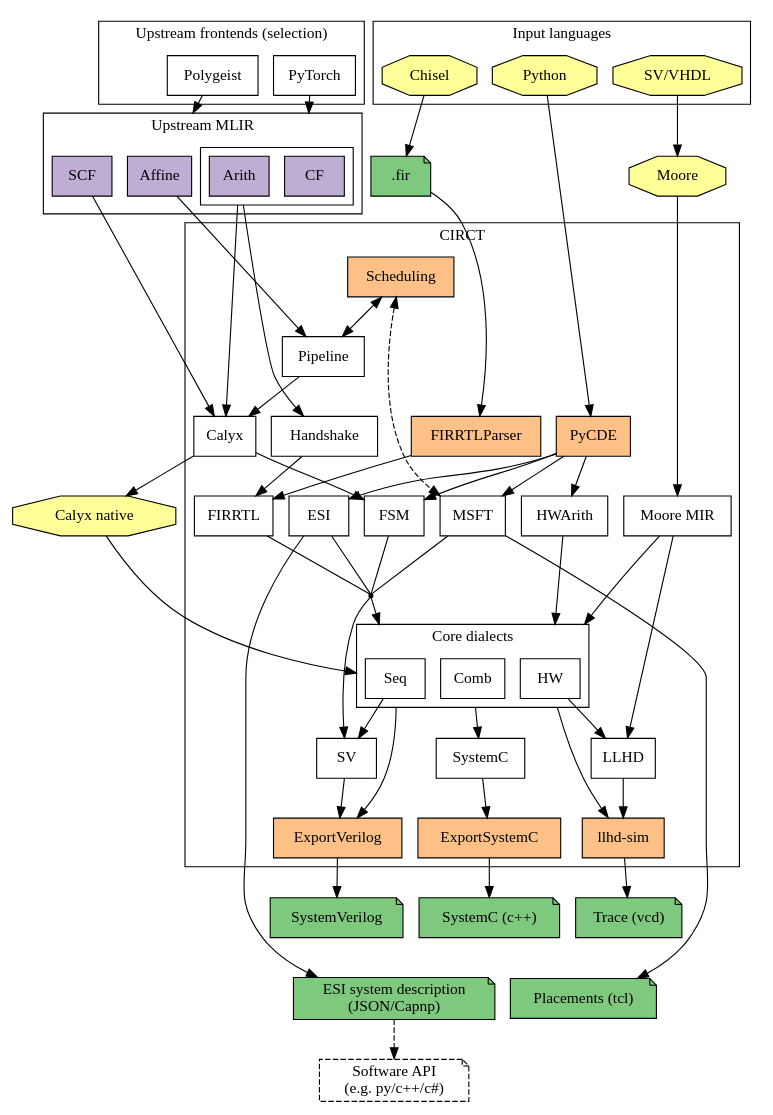
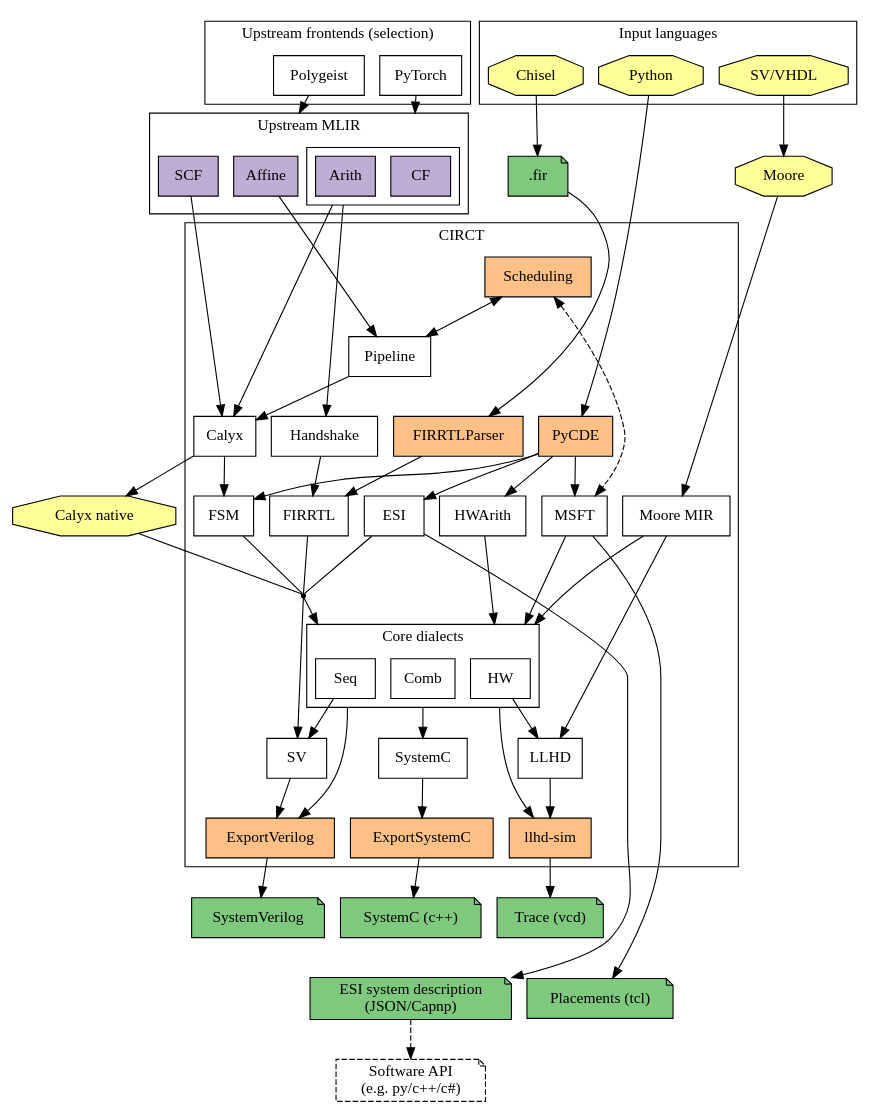
The diagram in docs/dialects.dot (llvm/circt), drawn with Graphviz before and after one commit. The commit also changed 2 other files, not shown here.

Commit message:
update calyx-native and MSFT

```diff
--- a/docs/dialects.dot
+++ b/docs/dialects.dot
@@ -1,168 +1,168 @@
 digraph G {
   // Note: Remember to run the circt/utils/update-docs-dialects.sh script after
   // modifying this file to regenerate the .svg and .png renders of the graph.
   rankdir = TB
   splines=spline
   node [shape=box style=filled fillcolor="white"]
   nodesep=0.2 // horizontal compression
   ranksep=0.5 // vertical compression
   compound=true
 
   // MLIR frontends
   subgraph cluster_mlir_frontends {
     label = "Upstream frontends (selection)"
     PyTorch
     Polygeist
   }
 
   // MLIR dialects
   subgraph cluster_mlir {
     label = "Upstream MLIR";
     node [fillcolor="#beaed4"]
     SCF Affine
     subgraph cluster_std_arith_dialect {
       label = ""
       CF
       Arith
     }
   }
   PyTorch -> CF [lhead=cluster_mlir]
   Polygeist -> Affine [lhead=cluster_mlir]
 
   subgraph cluster_circt {
     label = "CIRCT"
     // Internal frontend tools
     subgraph frontend_internal_tools{
       node [fillcolor="#fdc086"]
       FIRRTLParser
       PyCDE [URL="https://circt.llvm.org/docs/PyCDE/"]
       Scheduling [URL="https://circt.llvm.org/docs/Scheduling/"]
     }
 
     // CIRCT dialects
     Handshake [URL="https://circt.llvm.org/docs/Dialects/Handshake/"]
     Calyx [URL="https://circt.llvm.org/docs/Dialects/Calyx/"]
     FIRRTL [URL="https://circt.llvm.org/docs/Dialects/FIRRTL/"]
     Pipeline [URL="https://circt.llvm.org/docs/Dialects/Pipeline/"]
     MSFT [URL="https://circt.llvm.org/docs/Dialects/MSFT/"]
     ESI [URL="https://circt.llvm.org/docs/Dialects/ESI/"]
     FSM [URL="https://circt.llvm.org/docs/Dialects/FSM/"]
     HWArith [URL="https://circt.llvm.org/docs/Dialects/HWArith/"]
     MooreMIR [URL="https://circt.llvm.org/docs/Dialects/Moore/", label="Moore MIR"]
 
     // Intermediate node to target when lowering to both SV and Core dialects
     lower_to_sv_and_core [shape=point label="" fillcolor=black]
 
     // Invisible node to make space for RTL cluster's incoming edges.
     space_above_RTL [style = invis, label=""]
 
     // Core dialects
     subgraph cluster_RTL {
       label = "Core dialects"
       Seq [URL="https://circt.llvm.org/docs/Dialects/Seq/"]
       HW [URL="https://circt.llvm.org/docs/Dialects/HW/"]
       Comb [URL="https://circt.llvm.org/docs/Dialects/Comb/"]
     }
     LLHD [URL="https://circt.llvm.org/docs/Dialects/LLHD/"]
 
     // Backend dialects
     SV [URL="https://circt.llvm.org/docs/Dialects/SV/"]
     SystemC [URL="https://circt.llvm.org/docs/Dialects/SystemC/"]
 
     subgraph backend_internal_tools{
       node [fillcolor="#fdc086"]
       llhd_sim [label="llhd-sim"]
       ExportSystemC
       ExportVerilog [URL="https://circt.llvm.org/docs/VerilogGeneration/"]
     }
   }
 
   // External tools
   subgraph external_tools {
     node [shape=octagon fillcolor="#ffff99"]
     Moore 
     Calyx_native [label="Calyx native"]
   }
 
   FIRFile [label=".fir" fillcolor="#7fc97f" shape="note"]
 
   subgraph cluster_input_langs {
     label = "Input languages"
     node [shape=octagon fillcolor="#ffff99"]
     Chisel
     SVVHDL [label="SV/VHDL"]
     PyFile [label="Python"]
   }
 
   // Output file formats
   subgraph output_file_formats {
     node [fillcolor="#7fc97f" shape="note"]
     VCDTrace [label="Trace (vcd)"]
     SystemCFile [label="SystemC (c++)"]
     SVFile [label="SystemVerilog"]
     ServiceDesc [label="ESI system description\n(JSON/Capnp)"]
     SoftwareAPI [label="Software API\n(e.g. py/c++/c#)" style=dashed]
     TCL [label="Placements (tcl)"]
   }
 
   // ===== Connections =====
   // Dialect conversions
   SCF -> Calyx
   Affine -> Pipeline
   Pipeline -> Calyx
   Arith -> {Handshake Calyx} [ltail=cluster_std_arith_dialect]
 
   Handshake -> FIRRTL
   Calyx -> FSM
 
   // Things that lower into a subset of the RTL-like dialects. Cluster these
   // together to avoid a massive clutter.
-  {HWArith MooreMIR} -> HW [lhead=cluster_RTL]
-  {ESI MSFT FIRRTL FSM} -> lower_to_sv_and_core [arrowhead=none]
+  {MSFT HWArith MooreMIR} -> HW [lhead=cluster_RTL]
+  {ESI FIRRTL FSM} -> lower_to_sv_and_core [arrowhead=none]
   lower_to_sv_and_core -> SV
   lower_to_sv_and_core -> Seq [lhead=cluster_RTL]
   Seq -> SV
   {HW MooreMIR} -> LLHD
   Comb -> SystemC [ltail=cluster_RTL]
   ExportVerilog -> SVFile
 
   // Tool flows
   Scheduling -> Pipeline [dir=both]
   Chisel -> FIRFile
   FIRFile -> FIRRTLParser
   FIRRTLParser -> FIRRTL
   SystemC -> ExportSystemC
   ExportSystemC -> SystemCFile
   SV -> ExportVerilog
   Seq -> ExportVerilog [ltail=cluster_RTL]
   HW -> llhd_sim [ltail=cluster_RTL]
   SVVHDL -> Moore [weight=999]
   Moore -> MooreMIR
   Calyx -> Calyx_native
-  Calyx_native -> Seq [lhead=cluster_RTL]
+  Calyx_native -> lower_to_sv_and_core [arrowhead=none]
   LLHD -> llhd_sim
   llhd_sim -> VCDTrace
   //ESI -> CapNProto
   ESI -> ServiceDesc
   MSFT -> TCL
   PyFile -> PyCDE
   PyCDE -> {ESI MSFT HWArith FSM}
   Scheduling -> MSFT [dir=both, style=dashed]
   ServiceDesc -> SoftwareAPI [style=dashed]
 
   // ====== Some fake edges to coerce a good layout ======
   // Note: Modify these if you make changes to the above diagram, and things
   // start looking weird.
 
   // Leave one rank free above the RTL cluster to improve routing of incoming
   // edges.
   {FIRRTL FSM ESI MSFT HWArith MooreMIR} -> space_above_RTL [weight=999, style=invis]
   space_above_RTL -> {Seq HW Comb} [lhead=cluster_RTL, weight=999, style=invis]
 
   // Fix the following sink nodes below the CIRCT cluster
   SystemCFile -> {TCL ServiceDesc} [weight=999 style=invis]
 
   // Better organize the top.
   {PyTorch Polygeist Chisel} -> CF [weight=999 style=invis]
   FIRFile -> Scheduling [weight=999 style=invis]
 }
```
